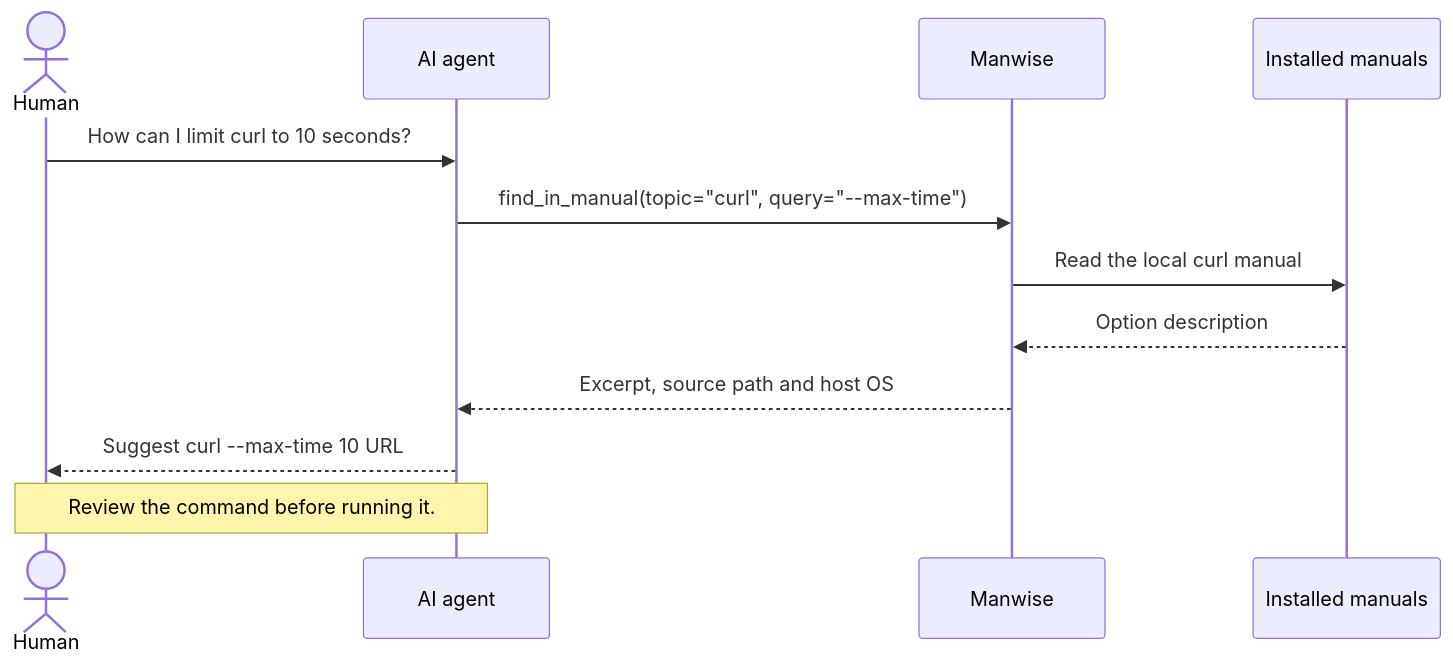
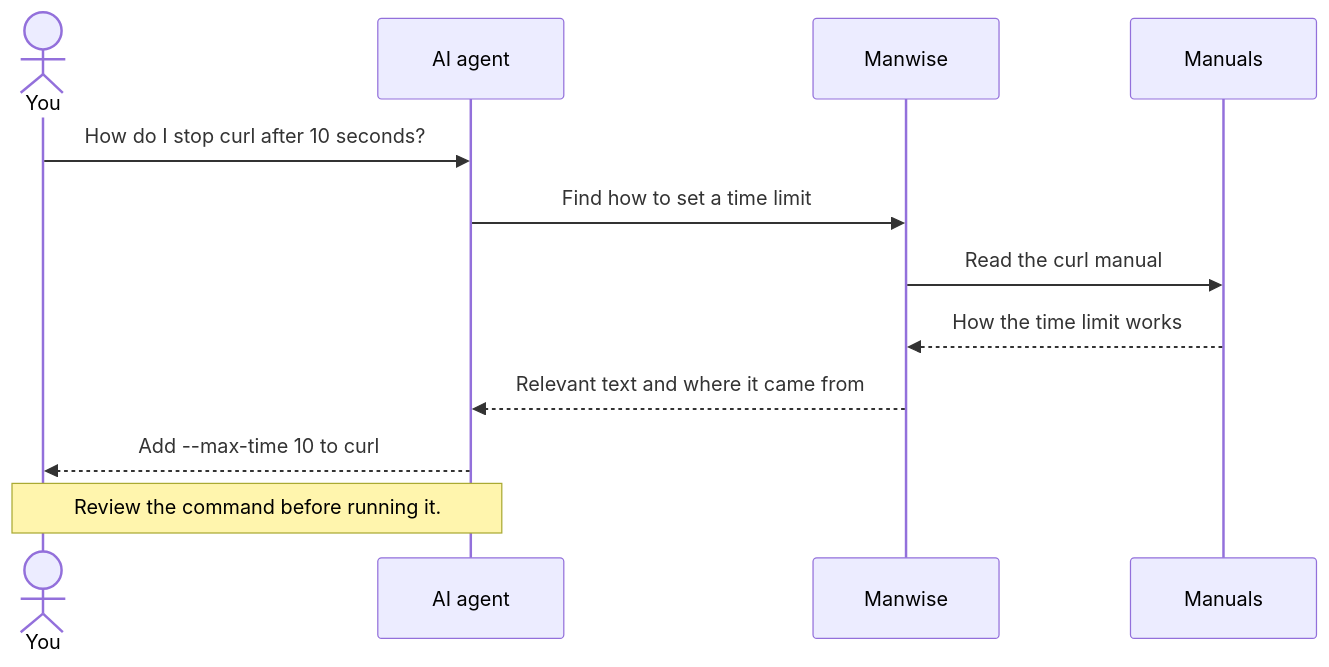
The diagram in README.md (ArcX-Research/manwise), drawn with Mermaid before and after one commit. The commit also changed other lines of this file and 1 other file, not shown here.

````diff
--- a/README.md
+++ b/README.md
@@ -10,14 +9,14 @@
 ```mermaid
 sequenceDiagram
-    actor Human
+    actor Human as You
     participant Agent as AI agent
     participant Manwise
-    participant Manuals as Installed manuals
-    Human->>Agent: How can I limit curl to 10 seconds?
-    Agent->>Manwise: find_in_manual(topic="curl", query="--max-time")
-    Manwise->>Manuals: Read the local curl manual
-    Manuals-->>Manwise: Option description
-    Manwise-->>Agent: Excerpt, source path and host OS
-    Agent-->>Human: Suggest curl --max-time 10 URL
+    participant Manuals
+    Human->>Agent: How do I stop curl after 10 seconds?
+    Agent->>Manwise: Find how to set a time limit
+    Manwise->>Manuals: Read the curl manual
+    Manuals-->>Manwise: How the time limit works
+    Manwise-->>Agent: Relevant text and where it came from
+    Agent-->>Human: Add --max-time 10 to curl
     Note over Human,Agent: Review the command before running it.
 ```
````
